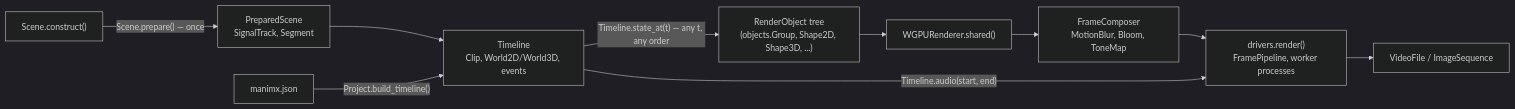
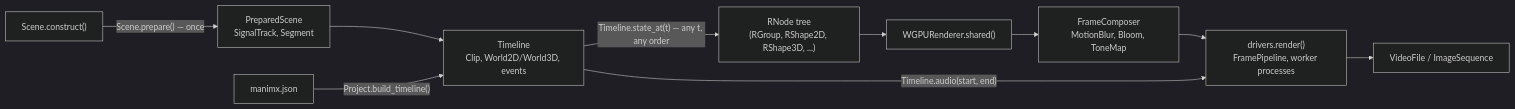
One commit to MrDiver/manim changed the first of 8 diagrams in manimx/ARCHITECTURE.md. Above: the diagram before and after it, drawn with Mermaid (dark theme). The commit also changed other lines of this file and 52 other files, not shown here.

````diff
--- a/manimx/ARCHITECTURE.md
+++ b/manimx/ARCHITECTURE.md
@@ -55,12 +57,12 @@
 ```mermaid
 flowchart LR
     Code["Scene.construct()"] -->|"Scene.prepare() — once"| PS["PreparedScene<br/>SignalTrack, Segment"]
     PS --> TL["Timeline<br/>Clip, World2D/World3D, events"]
     Proj["manimx.json"] -->|"Project.build_timeline()"| TL
-    TL -->|"Timeline.state_at(t) — any t, any order"| RO["RenderObject tree<br/>(objects.Group, Shape2D, Shape3D, ...)"]
+    TL -->|"Timeline.state_at(t) — any t, any order"| RO["RNode tree<br/>(RGroup, RShape2D, RShape3D, ...)"]
     RO --> R["WGPURenderer.shared()"]
     R --> C["FrameComposer<br/>MotionBlur, Bloom, ToneMap"]
     C --> D["drivers.render()<br/>FramePipeline, worker processes"]
     D --> Out["VideoFile / ImageSequence"]
     TL -->|"Timeline.audio(start, end)"| D
 ```
````
